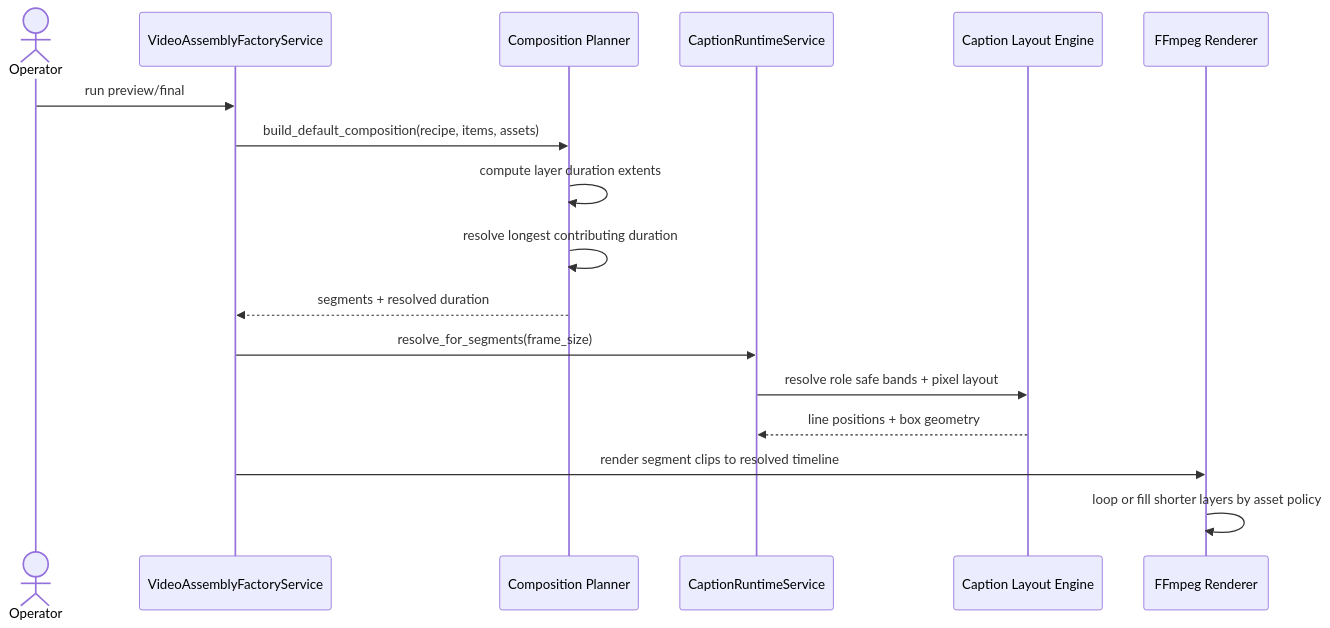
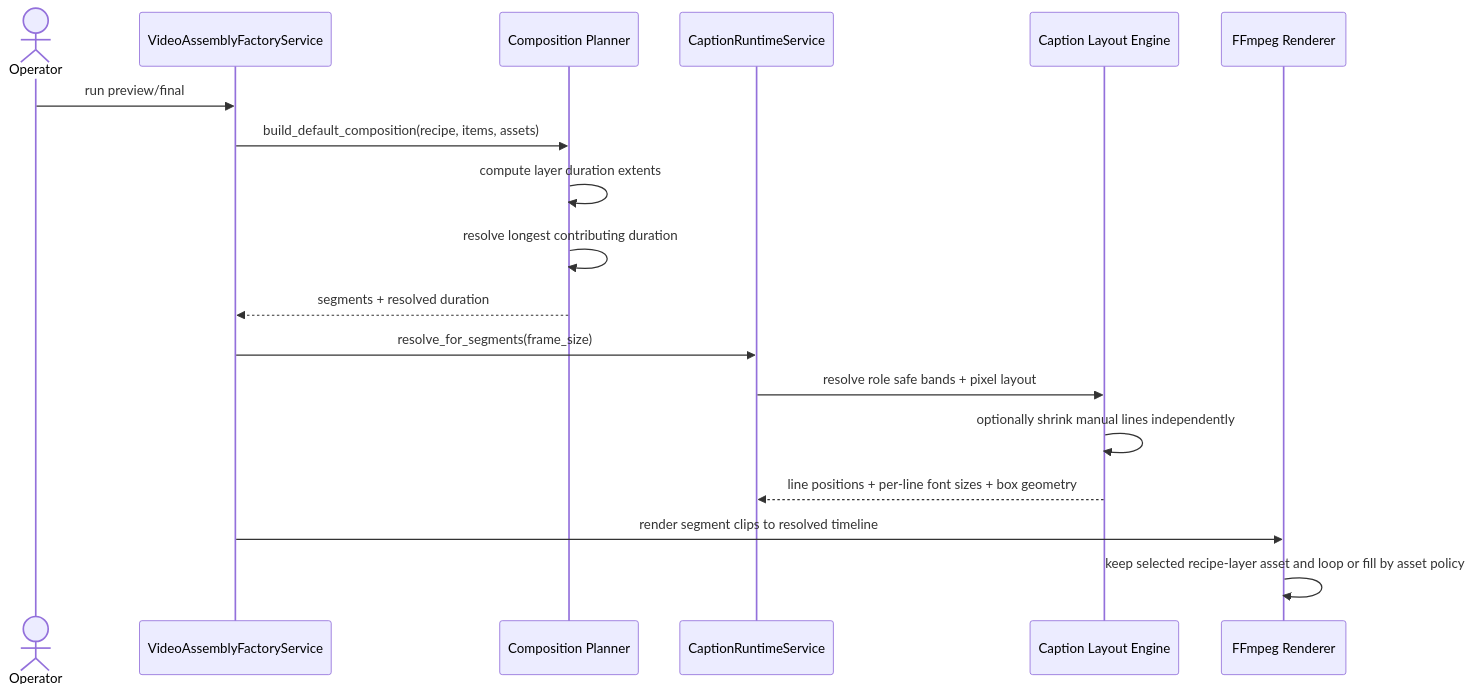
Before and after one commit to idev006/MTClipFactory: the second of 2 diagrams in doc/50_Caption_Safe_Bands_And_Longest_Layer_Duration_Workflow_2026-06-14.md, drawn with Mermaid. The commit also changed other lines of this file and 18 other files, not shown here.

Commit message:
Implement textbox-based caption layout baseline

````diff
--- a/doc/50_Caption_Safe_Bands_And_Longest_Layer_Duration_Workflow_2026-06-14.md
+++ b/doc/50_Caption_Safe_Bands_And_Longest_Layer_Duration_Workflow_2026-06-14.md
@@ -113,20 +139,21 @@
 ```mermaid
 sequenceDiagram
     actor Operator
     participant Factory as VideoAssemblyFactoryService
     participant Plan as Composition Planner
     participant Caption as CaptionRuntimeService
     participant Layout as Caption Layout Engine
     participant Render as FFmpeg Renderer
 
     Operator->>Factory: run preview/final
     Factory->>Plan: build_default_composition(recipe, items, assets)
     Plan->>Plan: compute layer duration extents
     Plan->>Plan: resolve longest contributing duration
     Plan-->>Factory: segments + resolved duration
     Factory->>Caption: resolve_for_segments(frame_size)
     Caption->>Layout: resolve role safe bands + pixel layout
-    Layout-->>Caption: line positions + box geometry
+    Layout->>Layout: optionally shrink manual lines independently
+    Layout-->>Caption: line positions + per-line font sizes + box geometry
     Factory->>Render: render segment clips to resolved timeline
-    Render->>Render: loop or fill shorter layers by asset policy
+    Render->>Render: keep selected recipe-layer asset and loop or fill by asset policy
 ```
````
